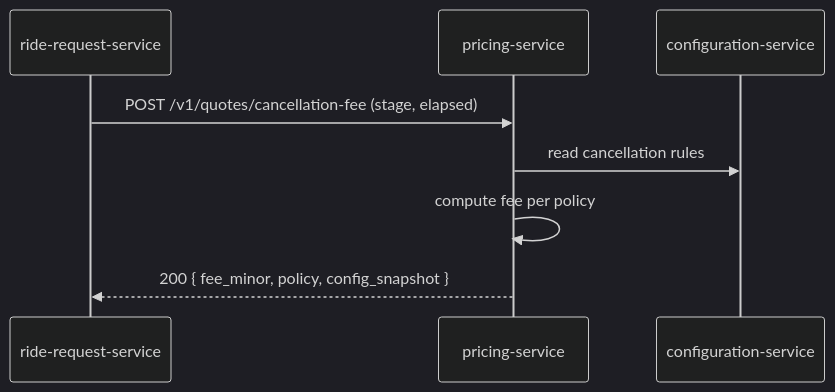
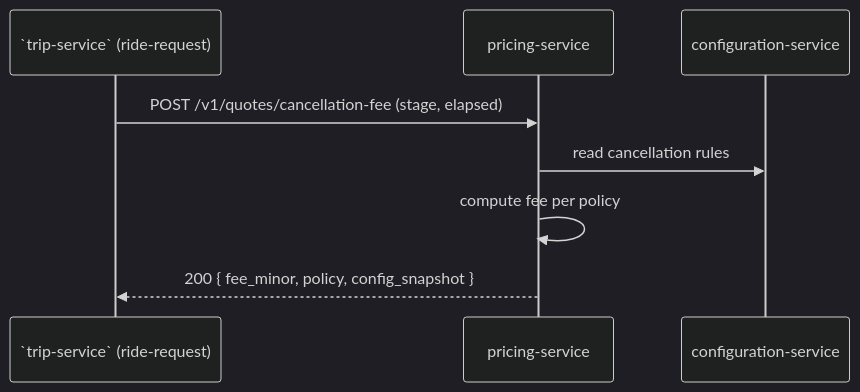
Before and after one commit to mohamedhabibwork/trips-enjoy-docs: the fourth of 7 diagrams in docs/services/pricing-service/WORKFLOWS.md, drawn with Mermaid (dark theme). The commit also changed other lines of this file and 525 other files, not shown here.

````diff
--- a/docs/services/pricing-service/WORKFLOWS.md
+++ b/docs/services/pricing-service/WORKFLOWS.md
@@ -293,11 +293,11 @@
 ```mermaid
 sequenceDiagram
-    participant RR as ride-request-service
+    participant RR as `trip-service` (ride-request)
     participant PRC as pricing-service
     participant CFG as configuration-service
 
     RR->>PRC: POST /v1/quotes/cancellation-fee (stage, elapsed)
     PRC->>CFG: read cancellation rules
     PRC->>PRC: compute fee per policy
     PRC-->>RR: 200 { fee_minor, policy, config_snapshot }
 ```
````
